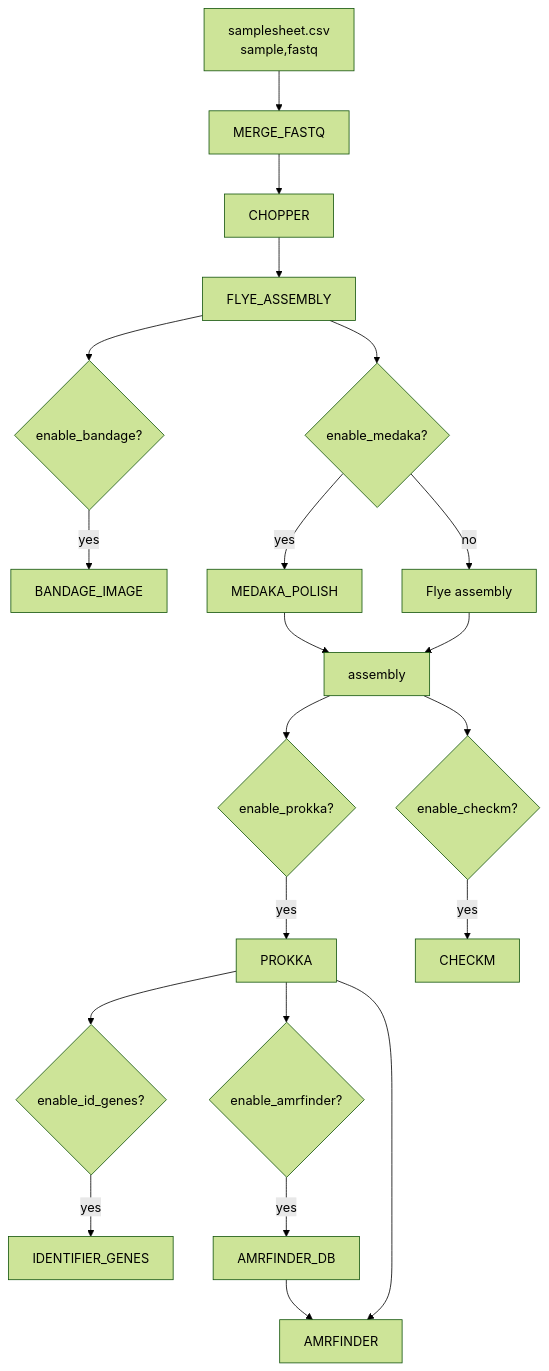
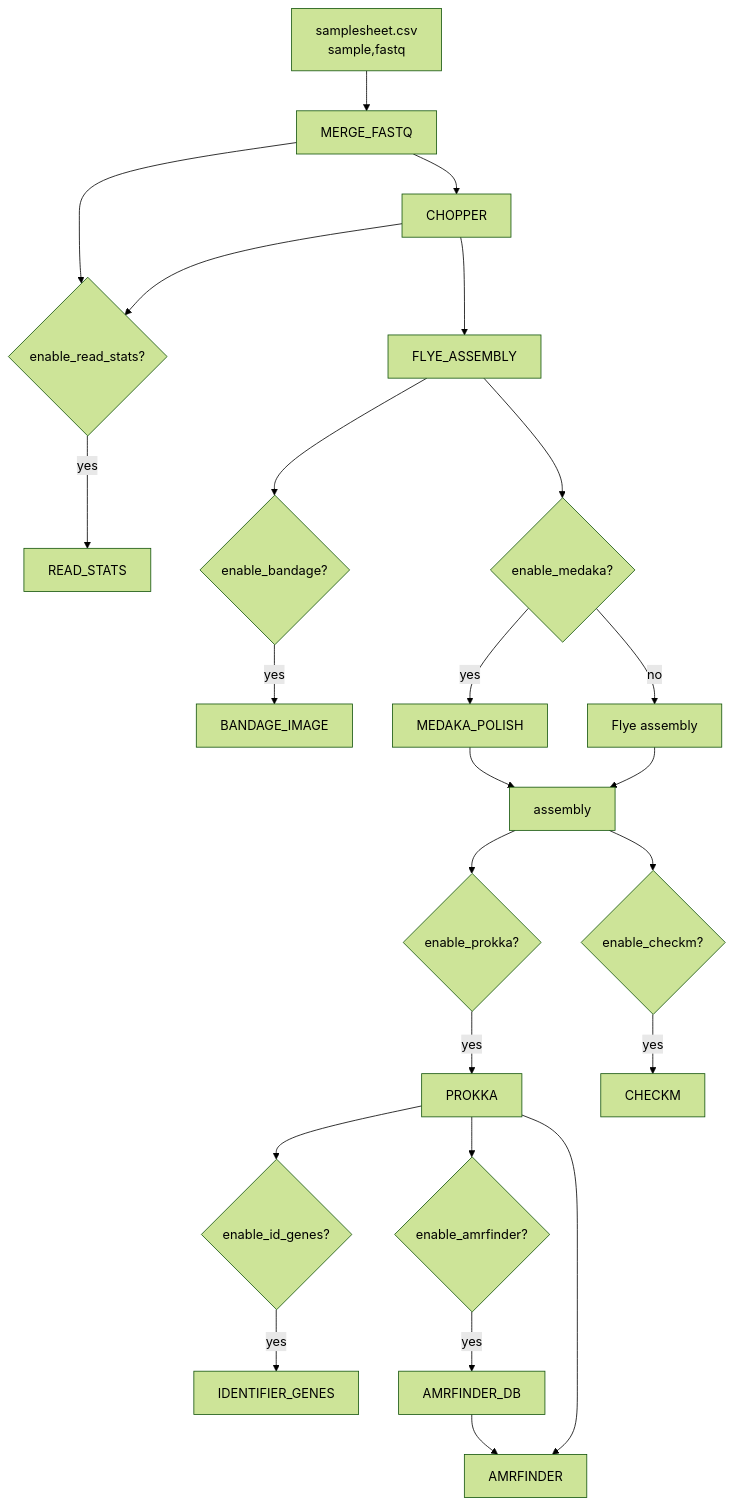
The diagram in README.md (ehill-iolani/ulana-nf), drawn with Mermaid (forest theme) before and after one commit. The commit also changed other lines of this file and 6 other files, not shown here.

````diff
--- a/README.md
+++ b/README.md
@@ -21,28 +22,31 @@
 ```mermaid
 flowchart TD
   A["samplesheet.csv<br/>sample,fastq"] --> B[MERGE_FASTQ]
   B --> C[CHOPPER]
+  B --> R1{enable_read_stats?}
+  C --> R1
+  R1 -->|yes| R2[READ_STATS]
   C --> D[FLYE_ASSEMBLY]
 
   D --> D2{enable_bandage?}
   D2 -->|yes| D3[BANDAGE_IMAGE]
 
   D --> E{enable_medaka?}
   E -->|yes| F[MEDAKA_POLISH]
   E -->|no| G[Flye assembly]
   F --> H[assembly]
   G --> H
 
   H --> I{enable_prokka?}
   I -->|yes| J[PROKKA]
 
   H --> K{enable_checkm?}
   K -->|yes| L[CHECKM]
 
   J --> M{enable_id_genes?}
   M -->|yes| N[IDENTIFIER_GENES]
 
   J --> O{enable_amrfinder?}
   O -->|yes| P[AMRFINDER_DB] --> Q[AMRFINDER]
   J --> Q
 ```
````
